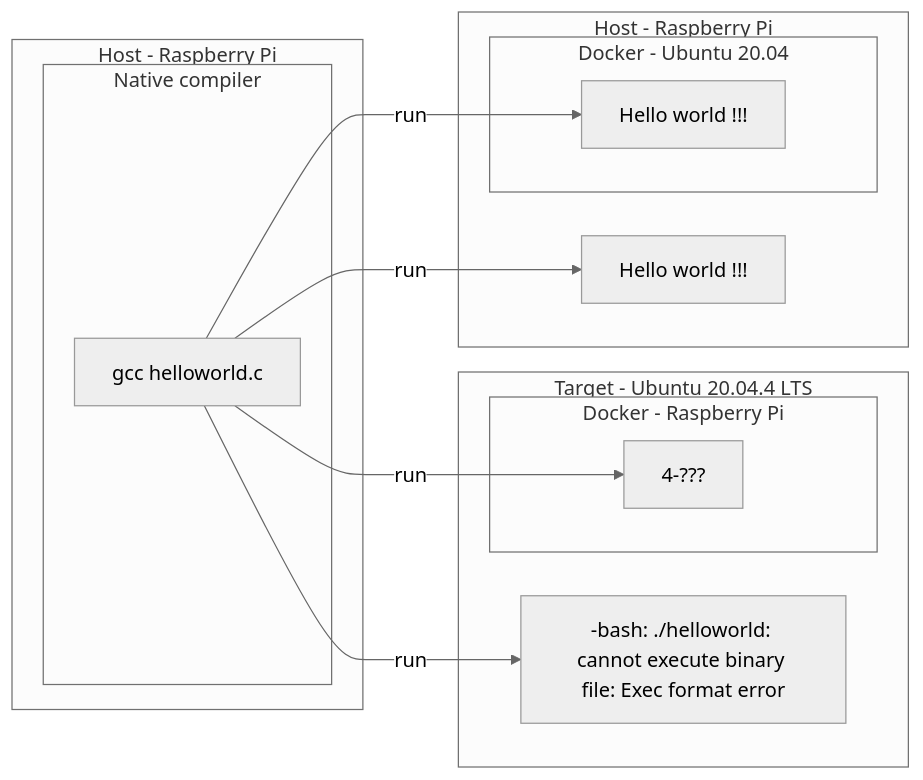
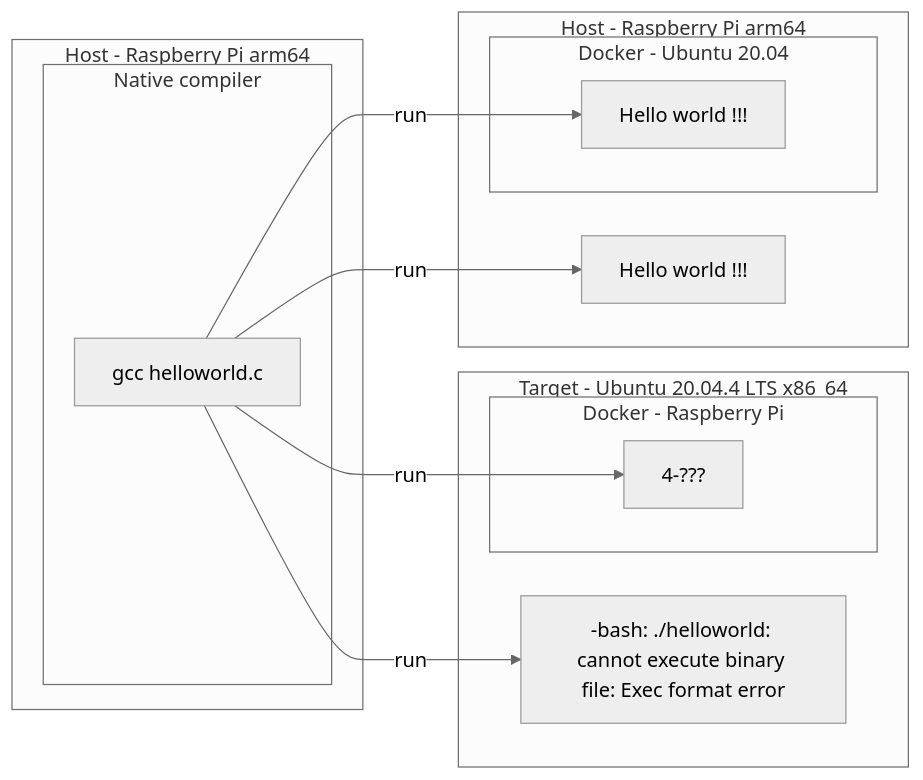
One commit to lankahsu520/CrossCompilationX changed the third of 7 diagrams in README.md. Above: the diagram before and after it, drawn with Mermaid (neutral theme). The commit also changed other lines of this file, not shown here.

````diff
--- a/README.md
+++ b/README.md
@@ -140,30 +164,30 @@
 ```mermaid
 flowchart LR
-	subgraph Host[Host - Raspberry Pi]
+	subgraph Host[Host - Raspberry Pi arm64]
 		subgraph Native[Native compiler]
 			gcc[gcc helloworld.c]
 		end
 	end
 
-	subgraph Target[Target - Ubuntu 20.04.4 LTS]
+	subgraph Target[Target - Ubuntu 20.04.4 LTS x86_64]
 		helloworld_run_ubuntu[-bash: ./helloworld: cannot execute binary file: Exec format error]
 		subgraph DockerUbuntuPI[Docker - Raspberry Pi]
 			helloworld_run_ubuntu_pi_docker[4-???]
 		end
 	end
 
 
-	subgraph HostA[Host - Raspberry Pi]
+	subgraph HostA[Host - Raspberry Pi arm64]
 		helloworld_run_host[Hello world !!!]
 		subgraph DockerAU2004[Docker - Ubuntu 20.04]
 			helloworld_run_AU2004_docker[Hello world !!!]
 		end
   end
 	
 	gcc --> |run|helloworld_run_host
 	gcc --> |run|helloworld_run_AU2004_docker
 
 	gcc --> |run|helloworld_run_ubuntu
 	gcc --> |run|helloworld_run_ubuntu_pi_docker
 	
 ```
````
